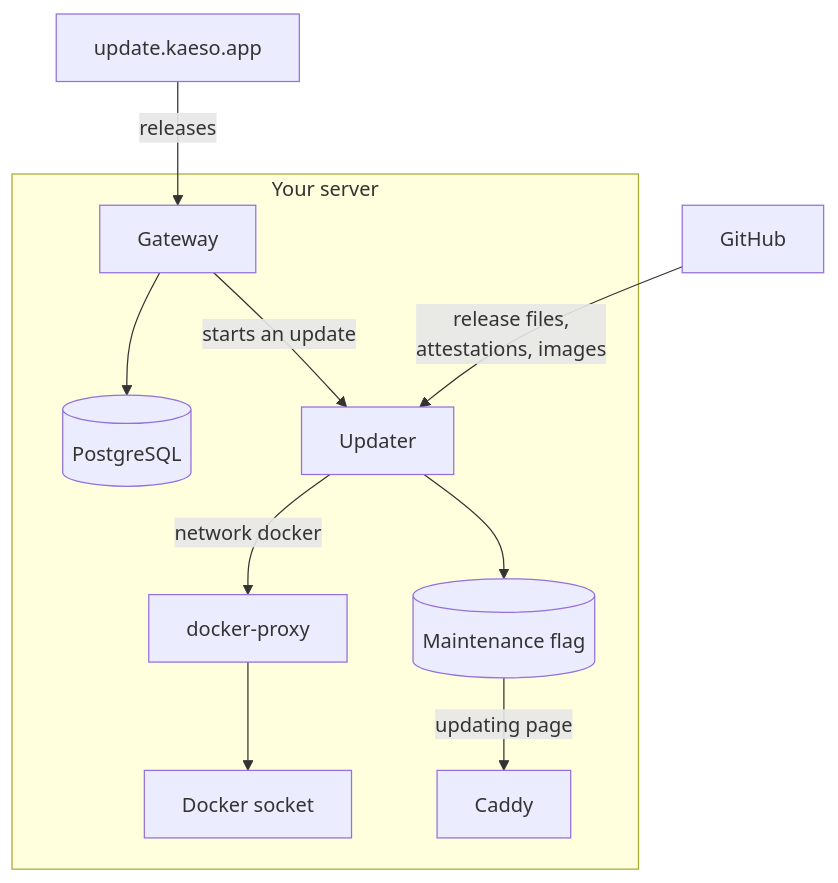
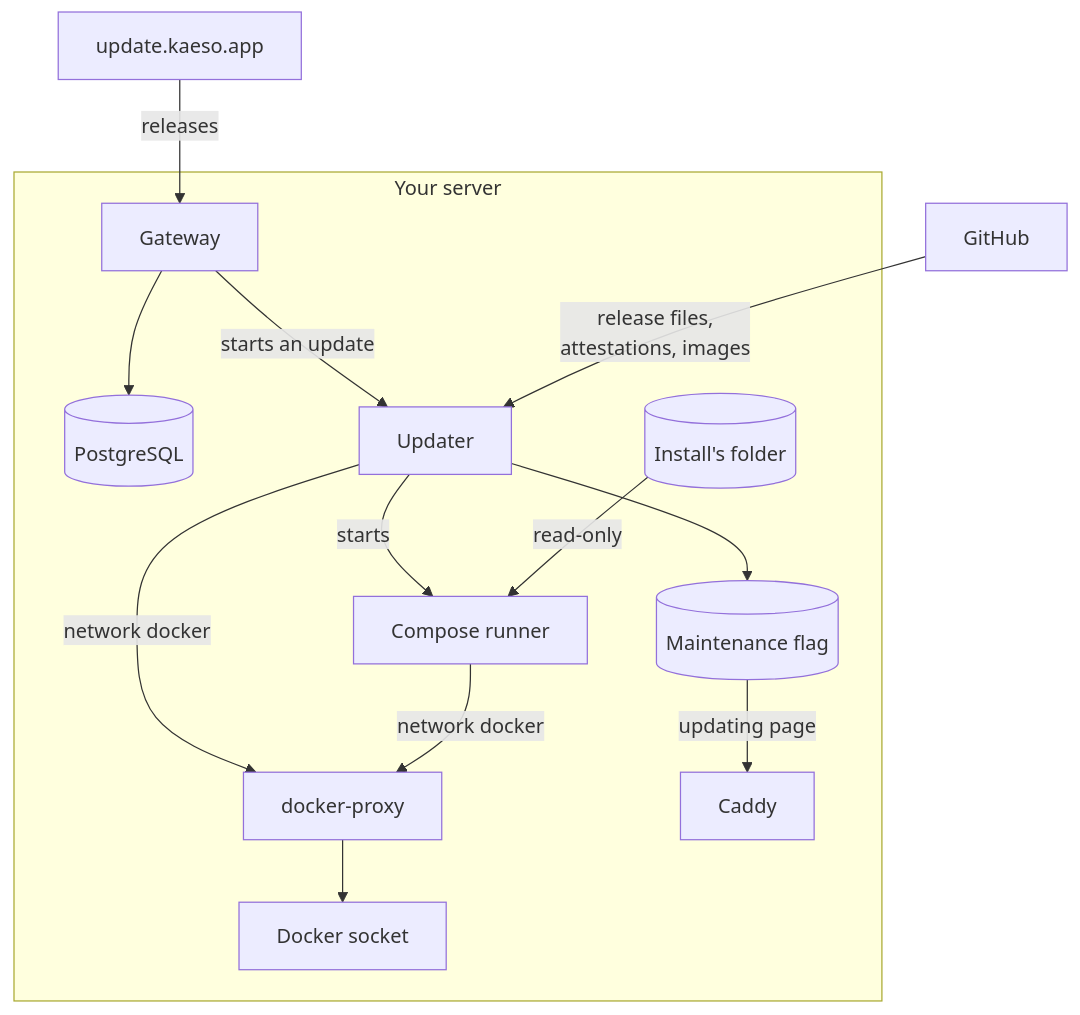
One commit to logicplanes/kaeso changed the diagram in apps/docs/content/en/development/architecture/updates.md. Above: the diagram before and after it, drawn with Mermaid. The commit also changed other lines of this file and 53 other files, not shown here.

First line of the commit message:
Install releases that change compose.yaml through a compose runner, and let the updater replace itself

````diff
--- a/apps/docs/content/en/development/architecture/updates.md
+++ b/apps/docs/content/en/development/architecture/updates.md
@@ -9,23 +9,28 @@
 ```mermaid
 flowchart TD
   accTitle: How an install learns about releases and updates
-  accDescr: The gateway gets the list of releases from update.kaeso.app, keeps its update state in PostgreSQL and starts an update on the updater with a bearer token over the internal network updates. The updater fetches release.json and compose.yaml from github.com, attestations from api.github.com and images from ghcr.io. It reaches the Docker socket only through docker-proxy on the internal network docker, and writes the maintenance flag that Caddy reads to serve the updating page and the JSON 503s.
+  accDescr: The gateway gets the list of releases from update.kaeso.app, keeps its update state in PostgreSQL and starts an update on the updater with a bearer token over the internal network updates. The updater fetches release.json and compose.yaml from github.com, attestations from api.github.com and images from ghcr.io. It reaches the Docker socket only through docker-proxy on the internal network docker, as does the compose runner it starts to run Docker Compose with the install's folder read-only. The updater writes the maintenance flag that Caddy reads to serve the updating page and the JSON 503s.
   feed[update.kaeso.app]:::outside
   github[GitHub]:::outside
   subgraph server [Your server]
     gateway[Gateway]:::accent
     postgres[(PostgreSQL)]
     updater[Updater]
+    runner[Compose runner]
+    folder[(Install's folder)]
     proxy[docker-proxy]
     socket[Docker socket]
     flag[(Maintenance flag)]
     caddy[Caddy]
   end
   feed -- releases --> gateway
   gateway --> postgres
   gateway -- starts an update --> updater
   github -- release files,<br>attestations, images --> updater
   updater -- network docker --> proxy --> socket
+  updater -- starts --> runner
+  folder -- read-only --> runner
+  runner -- network docker --> proxy
   updater --> flag
   flag -- updating page --> caddy
 ```
````
